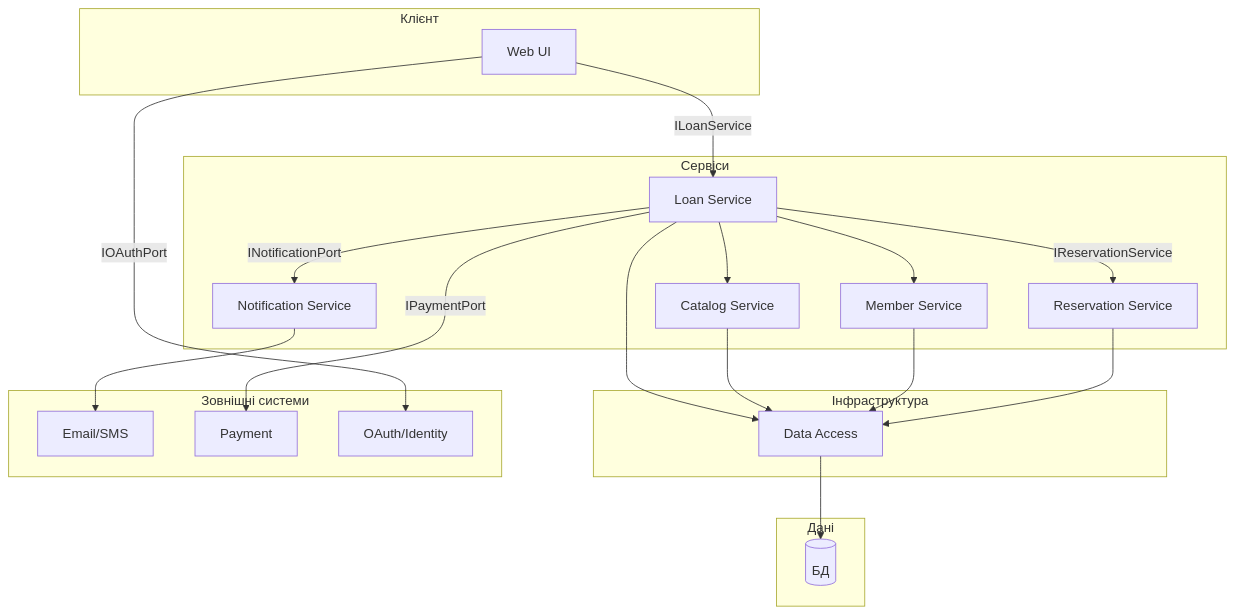
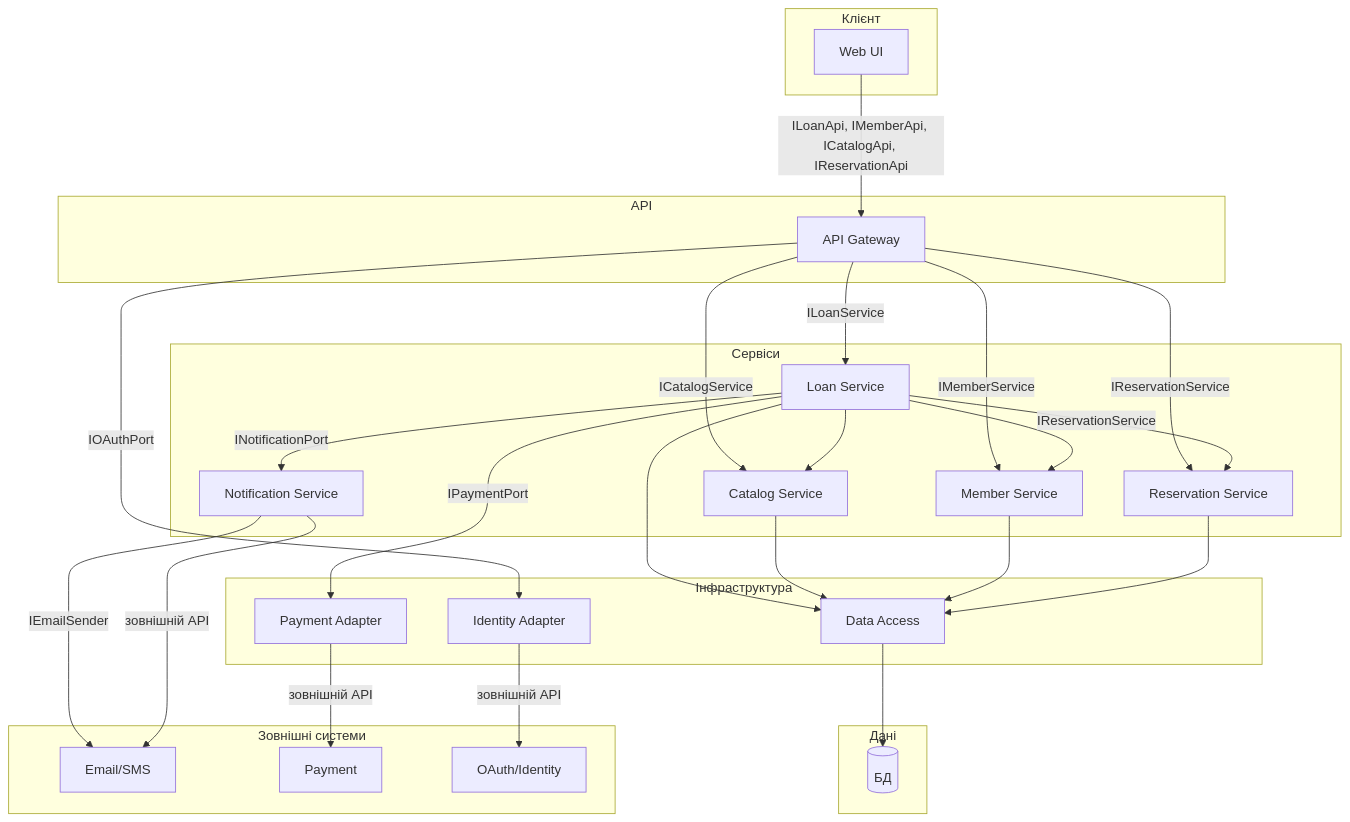
One commit to veronikapaschenkor29-png/Library-Modeling-and-Analysis-of-Software-Requirements changed the first of 2 diagrams in task-5/component.md. Above: the diagram before and after it, drawn with Mermaid. The commit also changed other lines of this file and 1 other file, not shown here.

Commit message:
fix(task-5): isolate external systems via adapters, add API gateway

````diff
--- a/task-5/component.md
+++ b/task-5/component.md
@@ -3,38 +3,51 @@
 ```mermaid
 flowchart TB
     subgraph Client["Клієнт"]
         WebUI["Web UI"]
+    end
+    subgraph API["API"]
+        Gateway["API Gateway"]
     end
     subgraph Services["Сервіси"]
         CatalogService["Catalog Service"]
         LoanService["Loan Service"]
         MemberService["Member Service"]
         NotificationService["Notification Service"]
         ReservationService["Reservation Service"]
     end
     subgraph Infra["Інфраструктура"]
         DataAccess["Data Access"]
+        PaymentAdapter["Payment Adapter"]
+        IdentityAdapter["Identity Adapter"]
     end
     subgraph Data["Дані"]
         DB[("БД")]
     end
     subgraph External["Зовнішні системи"]
         EmailSMS["Email/SMS"]
         Payment["Payment"]
         OAuth["OAuth/Identity"]
     end
 
-    WebUI -->|ILoanService| LoanService
+    WebUI -->|ILoanApi, IMemberApi, ICatalogApi, IReservationApi| Gateway
+    Gateway -->|ILoanService| LoanService
+    Gateway -->|IMemberService| MemberService
+    Gateway -->|ICatalogService| CatalogService
+    Gateway -->|IReservationService| ReservationService
+    Gateway -->|IOAuthPort| IdentityAdapter
+
+    LoanService -->|IReservationService| ReservationService
     LoanService -->|INotificationPort| NotificationService
-    LoanService -->|IReservationService| ReservationService
+    LoanService -->|IPaymentPort| PaymentAdapter
     LoanService --> CatalogService
     LoanService --> MemberService
     LoanService --> DataAccess
     CatalogService --> DataAccess
     MemberService --> DataAccess
     ReservationService --> DataAccess
     DataAccess --> DB
-    NotificationService --> EmailSMS
-    LoanService -->|IPaymentPort| Payment
-    WebUI -->|IOAuthPort| OAuth
+    NotificationService -->|IEmailSender| EmailSMS
+    PaymentAdapter -->|зовнішній API| Payment
+    IdentityAdapter -->|зовнішній API| OAuth
+    NotificationService -->|зовнішній API| EmailSMS
 ```
````
